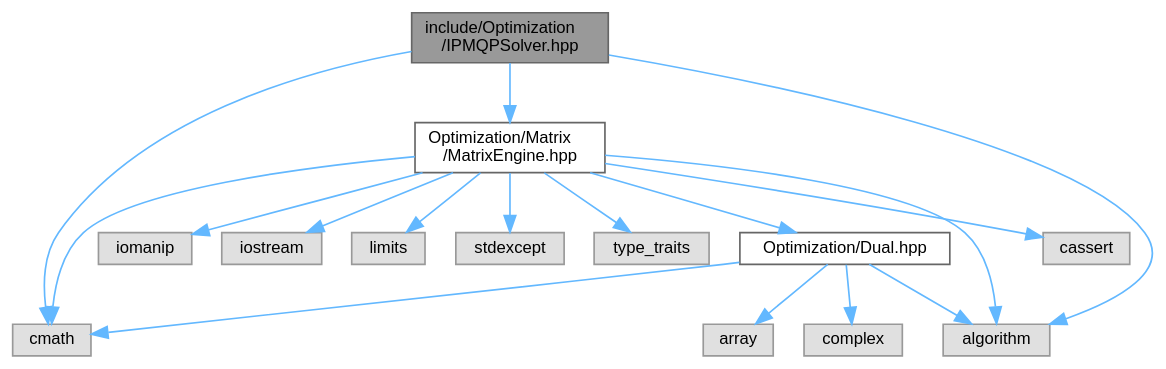
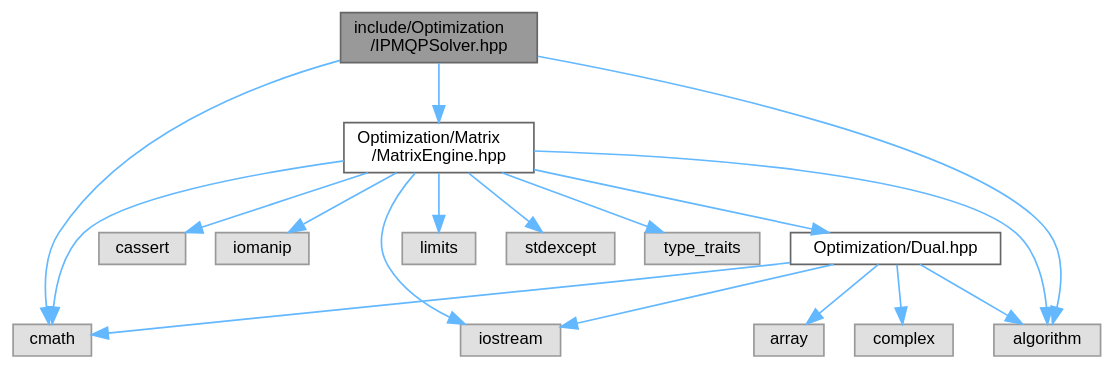
The diagram in IPMQPSolver_8hpp__incl.dot (jswoo0615/Algorithms_for_Optimization_cpp), drawn with Graphviz before and after one commit. The commit also changed 38 other files, not shown here.

```diff
--- a/IPMQPSolver_8hpp__incl.dot
+++ b/IPMQPSolver_8hpp__incl.dot
@@ -1,36 +1,37 @@
 digraph "include/Optimization/IPMQPSolver.hpp"
 {
  // LATEX_PDF_SIZE
   bgcolor="transparent";
   edge [fontname=Helvetica,fontsize=10,labelfontname=Helvetica,labelfontsize=10];
   node [fontname=Helvetica,fontsize=10,shape=box,height=0.2,width=0.4];
   Node1 [id="Node000001",label="include/Optimization\l/IPMQPSolver.hpp",height=0.2,width=0.4,color="gray40", fillcolor="grey60", style="filled", fontcolor="black",tooltip="Primal-Dual Interior Point Method (내부점법) 기반의 Quadratic Programming (QP) Solver 구현"];
   Node1 -> Node2 [id="edge1_Node000001_Node000002",color="steelblue1",style="solid",tooltip=" "];
   Node2 [id="Node000002",label="algorithm",height=0.2,width=0.4,color="grey60", fillcolor="#E0E0E0", style="filled",tooltip=" "];
   Node1 -> Node3 [id="edge2_Node000001_Node000003",color="steelblue1",style="solid",tooltip=" "];
   Node3 [id="Node000003",label="cmath",height=0.2,width=0.4,color="grey60", fillcolor="#E0E0E0", style="filled",tooltip=" "];
   Node1 -> Node4 [id="edge3_Node000001_Node000004",color="steelblue1",style="solid",tooltip=" "];
   Node4 [id="Node000004",label="Optimization/Matrix\l/MatrixEngine.hpp",height=0.2,width=0.4,color="grey40", fillcolor="white", style="filled",URL="$MatrixEngine_8hpp_source.html",tooltip=" "];
   Node4 -> Node2 [id="edge4_Node000004_Node000002",color="steelblue1",style="solid",tooltip=" "];
   Node4 -> Node5 [id="edge5_Node000004_Node000005",color="steelblue1",style="solid",tooltip=" "];
   Node5 [id="Node000005",label="cassert",height=0.2,width=0.4,color="grey60", fillcolor="#E0E0E0", style="filled",tooltip=" "];
   Node4 -> Node3 [id="edge6_Node000004_Node000003",color="steelblue1",style="solid",tooltip=" "];
   Node4 -> Node6 [id="edge7_Node000004_Node000006",color="steelblue1",style="solid",tooltip=" "];
   Node6 [id="Node000006",label="iomanip",height=0.2,width=0.4,color="grey60", fillcolor="#E0E0E0", style="filled",tooltip=" "];
   Node4 -> Node7 [id="edge8_Node000004_Node000007",color="steelblue1",style="solid",tooltip=" "];
   Node7 [id="Node000007",label="iostream",height=0.2,width=0.4,color="grey60", fillcolor="#E0E0E0", style="filled",tooltip=" "];
   Node4 -> Node8 [id="edge9_Node000004_Node000008",color="steelblue1",style="solid",tooltip=" "];
   Node8 [id="Node000008",label="limits",height=0.2,width=0.4,color="grey60", fillcolor="#E0E0E0", style="filled",tooltip=" "];
   Node4 -> Node9 [id="edge10_Node000004_Node000009",color="steelblue1",style="solid",tooltip=" "];
   Node9 [id="Node000009",label="stdexcept",height=0.2,width=0.4,color="grey60", fillcolor="#E0E0E0", style="filled",tooltip=" "];
   Node4 -> Node10 [id="edge11_Node000004_Node000010",color="steelblue1",style="solid",tooltip=" "];
   Node10 [id="Node000010",label="type_traits",height=0.2,width=0.4,color="grey60", fillcolor="#E0E0E0", style="filled",tooltip=" "];
   Node4 -> Node11 [id="edge12_Node000004_Node000011",color="steelblue1",style="solid",tooltip=" "];
   Node11 [id="Node000011",label="Optimization/Dual.hpp",height=0.2,width=0.4,color="grey40", fillcolor="white", style="filled",URL="$Dual_8hpp_source.html",tooltip=" "];
   Node11 -> Node2 [id="edge13_Node000011_Node000002",color="steelblue1",style="solid",tooltip=" "];
   Node11 -> Node12 [id="edge14_Node000011_Node000012",color="steelblue1",style="solid",tooltip=" "];
   Node12 [id="Node000012",label="array",height=0.2,width=0.4,color="grey60", fillcolor="#E0E0E0", style="filled",tooltip=" "];
   Node11 -> Node3 [id="edge15_Node000011_Node000003",color="steelblue1",style="solid",tooltip=" "];
   Node11 -> Node13 [id="edge16_Node000011_Node000013",color="steelblue1",style="solid",tooltip=" "];
   Node13 [id="Node000013",label="complex",height=0.2,width=0.4,color="grey60", fillcolor="#E0E0E0", style="filled",tooltip=" "];
+  Node11 -> Node7 [id="edge17_Node000011_Node000007",color="steelblue1",style="solid",tooltip=" "];
 }
```
